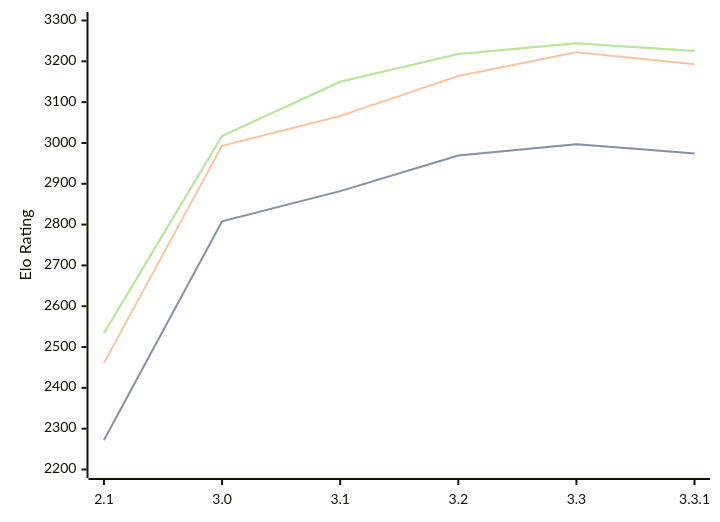
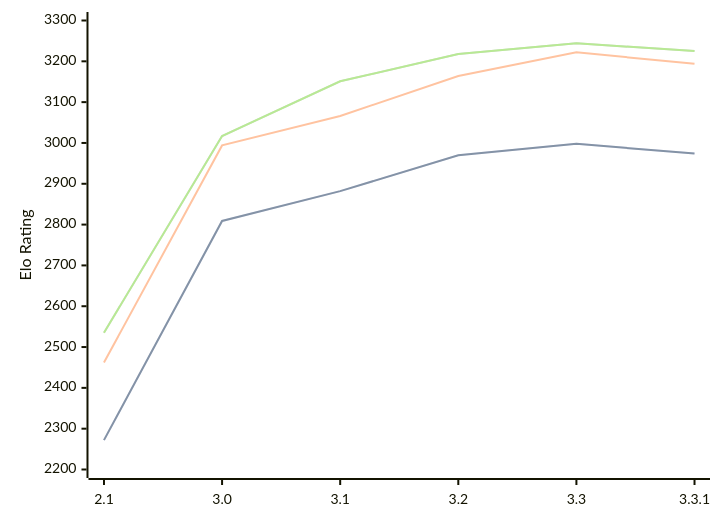
One commit to computer-chess-index/cci changed the diagram in engines/Petrel.md. Above: the diagram before and after it, drawn with Mermaid. The commit also changed other lines of this file, not shown here.

Commit message:
Update CCI Ratings (ELO VLTC) - 2026-05-17

````diff
--- a/engines/Petrel.md
+++ b/engines/Petrel.md
@@ -45,11 +45,11 @@
 ```mermaid
 %%{init: {"theme":"base","themeVariables":{"seriesColors:['#a3a3a3','#222221','#faa371']}}}%%
 xychart-beta
   x-axis ["2.1", "3.0", "3.1", "3.2", "3.3", "3.3.1"]
   y-axis "Elo Rating" 2200 --> 3300
-  line "STC (8.0+0.08s)" [2272, 2808, 2882, 2969, 2997, 2974]
-  line "STC (8.0+0.08s)" [2272, 2808, 2882, 2969, 2997, 2974]
-  line "LTC (60.0+0.60s)" [2461, 2993, 3066, 3164, 3222, 3193]
-  line "VLTC (2m24s+1.12s)" [2534, 3017, 3150, 3218, 3244, 3225]
-  line "VLTC (2m24s+1.12s)" [2534, 3017, 3150, 3218, 3244, 3225]
+  line "STC (8.0+0.08s)" [2272, 2809, 2882, 2970, 2998, 2974]
+  line "STC (8.0+0.08s)" [2272, 2809, 2882, 2970, 2998, 2974]
+  line "LTC (60.0+0.60s)" [2462, 2994, 3066, 3164, 3222, 3194]
+  line "VLTC (2m24s+1.12s)" [2535, 3017, 3151, 3218, 3244, 3225]
+  line "VLTC (2m24s+1.12s)" [2535, 3017, 3151, 3218, 3244, 3225]
 ```
````
